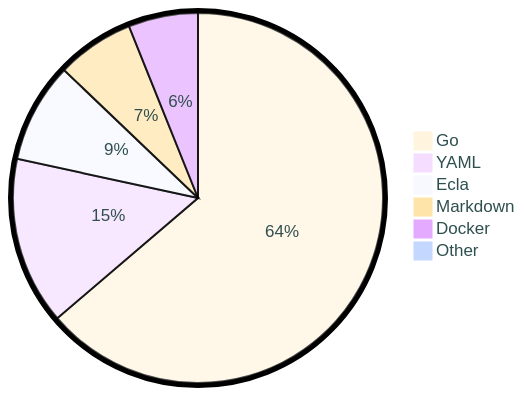
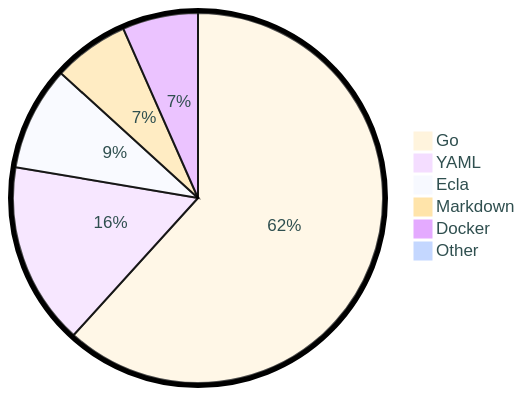
The diagram in README.md (tot0p/tot0p), drawn with Mermaid before and after one commit. The commit also changed other lines of this file, not shown here.

````diff
--- a/README.md
+++ b/README.md
@@ -77,10 +76,10 @@
 ```mermaid
 %%{init: {"pie": {"textPosition": 0.5}, "themeVariables": {"pieOuterStrokeWidth": "5px","primaryTextColor" : "#2F4F4F"},"theme":"base"} }%%
 pie
-	"Go": 63.52
-	"YAML": 14.6
-	"Ecla": 8.71
-	"Markdown": 6.76
-	"Docker": 6.06
-	"Other": 0.35
+	"Go": 61.52
+	"YAML": 15.88
+	"Ecla": 9.06
+	"Markdown": 6.61
+	"Docker": 6.59
+	"Other": 0.32000000000000006
 ```
````
